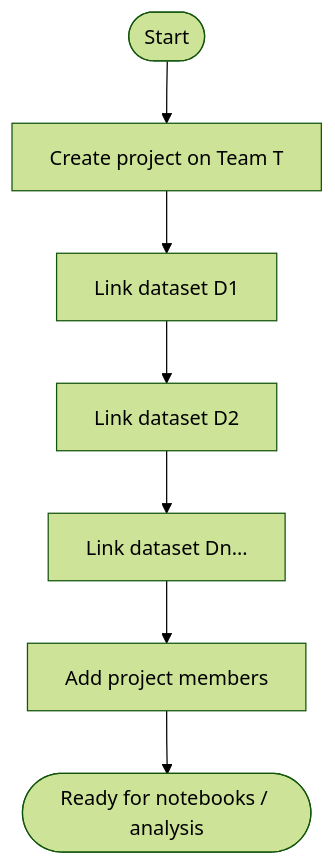
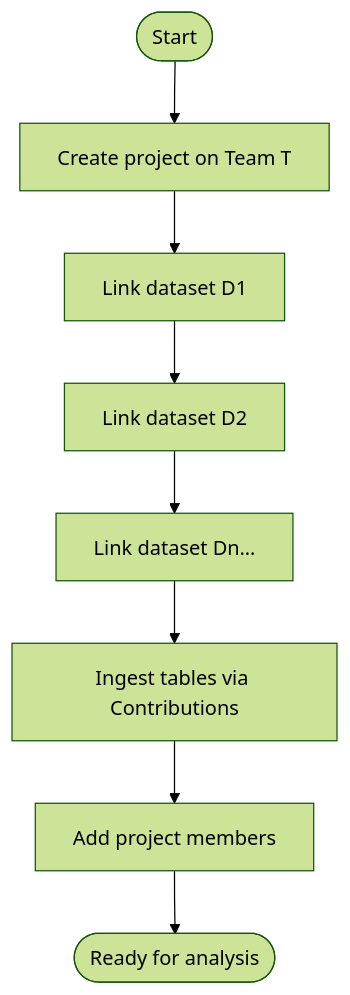
The second of 6 diagrams in guide/setting-up-projects.md (USC-InfoLab/w4h-docs), drawn with Mermaid (forest theme) before and after one commit. The commit also changed other lines of this file and 25 other files, not shown here.

````diff
--- a/guide/setting-up-projects.md
+++ b/guide/setting-up-projects.md
@@ -73,9 +78,10 @@
 ```mermaid
 flowchart TD
   Start([Start]) --> CreateProj[Create project on Team T]
   CreateProj --> Link1[Link dataset D1]
   Link1 --> Link2[Link dataset D2]
   Link2 --> LinkN[Link dataset Dn…]
-  LinkN --> Members[Add project members]
-  Members --> Done([Ready for notebooks / analysis])
+  LinkN --> Ingest[Ingest tables via Contributions]
+  Ingest --> Members[Add project members]
+  Members --> Done([Ready for analysis])
 ```
````
